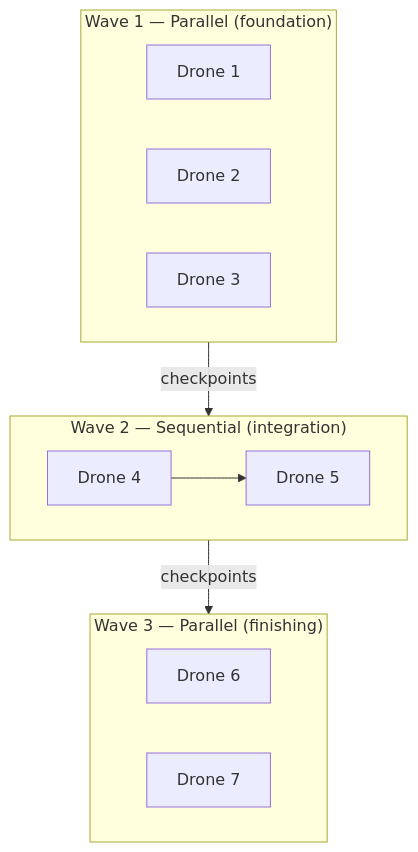
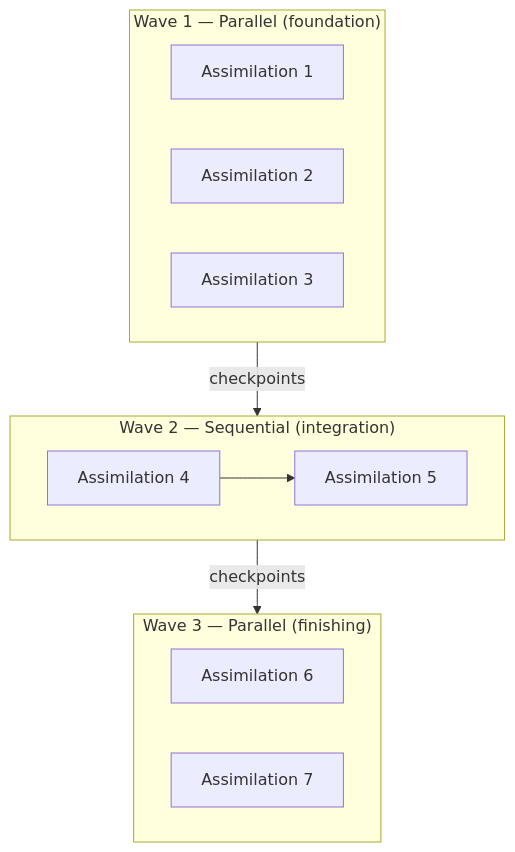
The tenth of 10 diagrams in README.md (benediktms/unimatrix), drawn with Mermaid before and after one commit. The commit also changed other lines of this file and 1 other file, not shown here.

````diff
--- a/README.md
+++ b/README.md
@@ -368,13 +436,13 @@
 ```mermaid
 flowchart TD
     subgraph Wave1 ["Wave 1 — Parallel (foundation)"]
-        D1["Drone 1"] & D2["Drone 2"] & D3["Drone 3"]
+        A1["Assimilation 1"] & A2["Assimilation 2"] & A3["Assimilation 3"]
     end
     subgraph Wave2 ["Wave 2 — Sequential (integration)"]
-        D4["Drone 4"] --> D5["Drone 5"]
+        A4["Assimilation 4"] --> A5["Assimilation 5"]
     end
     subgraph Wave3 ["Wave 3 — Parallel (finishing)"]
-        D6["Drone 6"] & D7["Drone 7"]
+        A6["Assimilation 6"] & A7["Assimilation 7"]
     end
     Wave1 -->|checkpoints| Wave2 -->|checkpoints| Wave3
 ```
````
